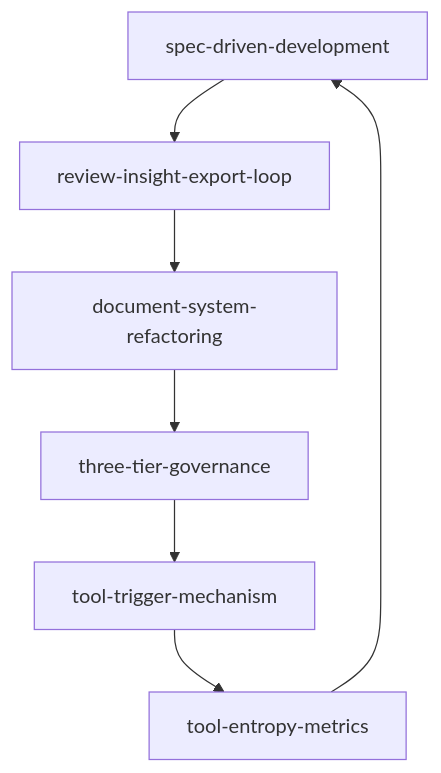
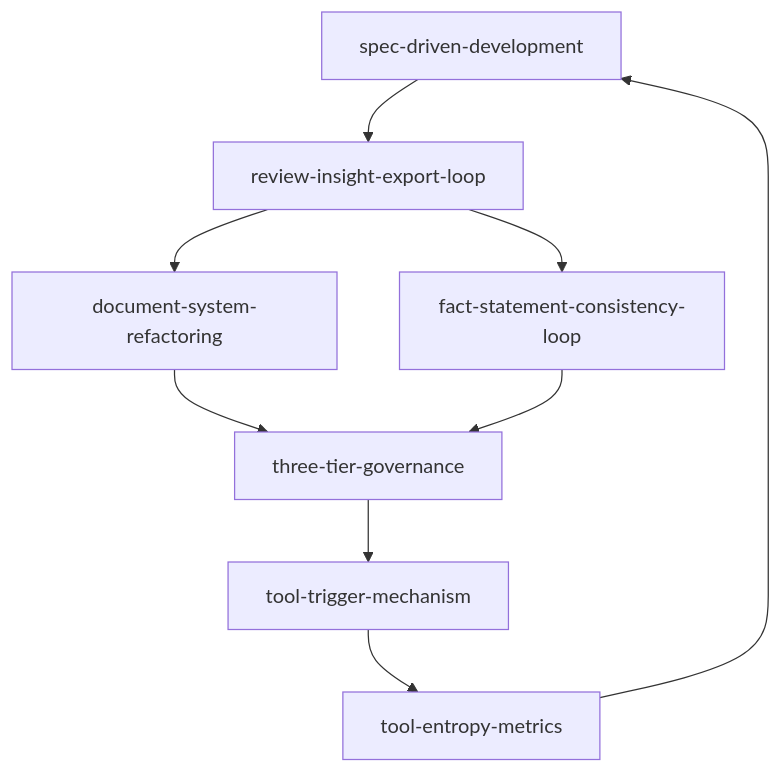
The diagram in docs/retrospective/patterns/methodology-patterns/README.md (xinetzone/SpecWeave), drawn with Mermaid before and after one commit. The commit also changed other lines of this file and 4 other files, not shown here.

````diff
--- a/docs/retrospective/patterns/methodology-patterns/README.md
+++ b/docs/retrospective/patterns/methodology-patterns/README.md
@@ -18,9 +19,11 @@
 ```mermaid
 flowchart TD
     A[spec-driven-development] --> B[review-insight-export-loop]
     B --> C[document-system-refactoring]
     C --> D[three-tier-governance]
     D --> E[tool-trigger-mechanism]
     E --> F[tool-entropy-metrics]
     F --> A
+    B --> G[fact-statement-consistency-loop]
+    G --> D
 ```
````
